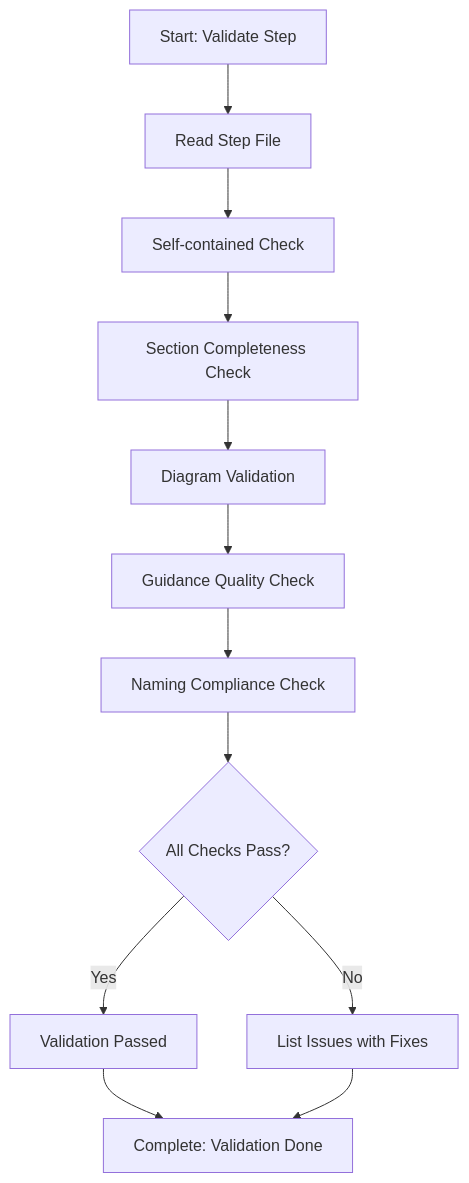
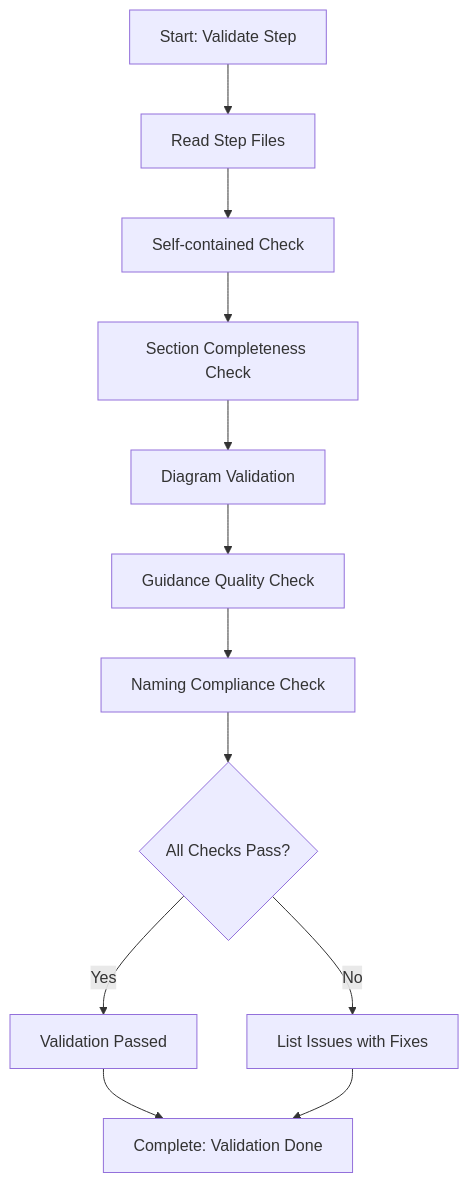
The diagram in .processes/steps/template/validate-step-structure.md (HMTools/agentic-processes), drawn with Mermaid before and after one commit. The commit also changed other lines of this file and 77 other files, not shown here.

First line of the commit message:
Transforms to JSON-first agent architecture

````diff
--- a/.processes/steps/template/validate-step-structure.md
+++ b/.processes/steps/template/validate-step-structure.md
@@ -74,14 +33,14 @@
 ```mermaid
 flowchart TD
-    A[Start: Validate Step] --> B[Read Step File]
+    A[Start: Validate Step] --> B[Read Step Files]
     B --> C[Self-contained Check]
     C --> D[Section Completeness Check]
     D --> E[Diagram Validation]
     E --> F[Guidance Quality Check]
     F --> G[Naming Compliance Check]
     G --> H{All Checks Pass?}
     H -->|Yes| I[Validation Passed]
     H -->|No| J[List Issues with Fixes]
     I --> K[Complete: Validation Done]
     J --> K
 ```
````
